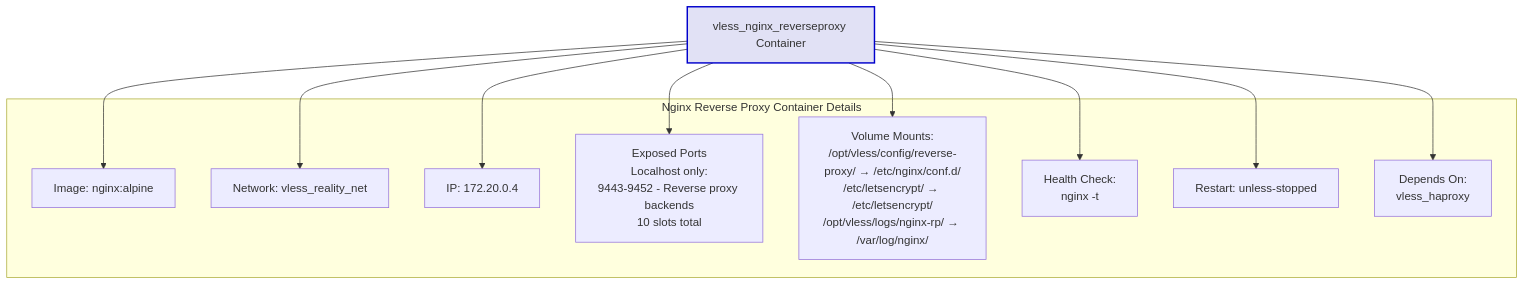
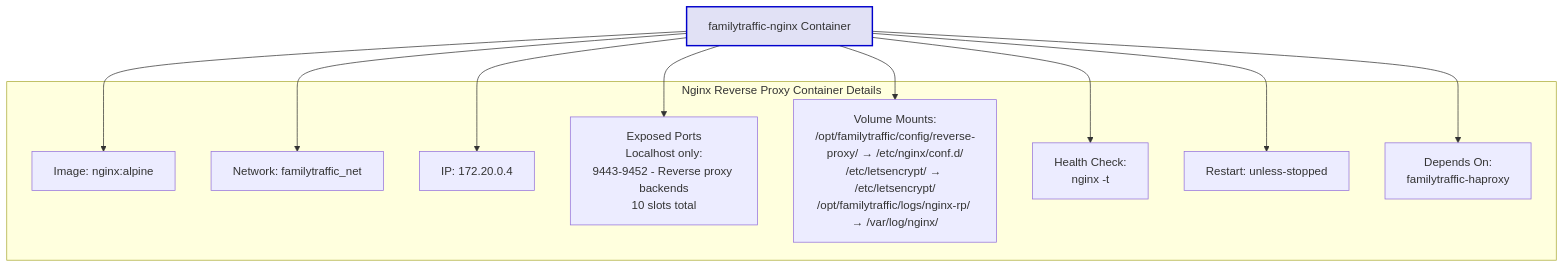
One commit to ikeniborn/vless changed the fourth of 10 diagrams in docs/architecture/diagrams/deployment/docker-topology.md. Above: the diagram before and after it, drawn with Mermaid. The commit also changed other lines of this file and 66 other files, not shown here.

First line of the commit message:
refactor(rename): replace old project name 'vless' with 'familytraffic'

````diff
--- a/docs/architecture/diagrams/deployment/docker-topology.md
+++ b/docs/architecture/diagrams/deployment/docker-topology.md
@@ -177,31 +177,31 @@
 ```mermaid
 graph TB
-    NginxRPContainer[vless_nginx_reverseproxy Container]
+    NginxRPContainer[familytraffic-nginx Container]
 
     subgraph "Nginx Reverse Proxy Container Details"
         Image[Image: nginx:alpine]
-        NetworkMode[Network: vless_reality_net]
+        NetworkMode[Network: familytraffic_net]
         IP[IP: 172.20.0.4]
 
         ExposedPorts[Exposed Ports<br/>Localhost only:<br/>9443-9452 - Reverse proxy backends<br/>10 slots total]
 
-        Volumes[Volume Mounts:<br/>/opt/vless/config/reverse-proxy/ → /etc/nginx/conf.d/<br/>/etc/letsencrypt/ → /etc/letsencrypt/<br/>/opt/vless/logs/nginx-rp/ → /var/log/nginx/]
+        Volumes[Volume Mounts:<br/>/opt/familytraffic/config/reverse-proxy/ → /etc/nginx/conf.d/<br/>/etc/letsencrypt/ → /etc/letsencrypt/<br/>/opt/familytraffic/logs/nginx-rp/ → /var/log/nginx/]
 
         HealthCheck[Health Check:<br/>nginx -t]
 
         Restart[Restart: unless-stopped]
 
-        DependsOn[Depends On:<br/>vless_haproxy]
+        DependsOn[Depends On:<br/>familytraffic-haproxy]
     end
 
     NginxRPContainer --> Image
     NginxRPContainer --> NetworkMode
     NginxRPContainer --> IP
     NginxRPContainer --> ExposedPorts
     NginxRPContainer --> Volumes
     NginxRPContainer --> HealthCheck
     NginxRPContainer --> Restart
     NginxRPContainer --> DependsOn
 
     style NginxRPContainer fill:#e1e1f5,stroke:#0000cc,stroke-width:2px
 ```
````
